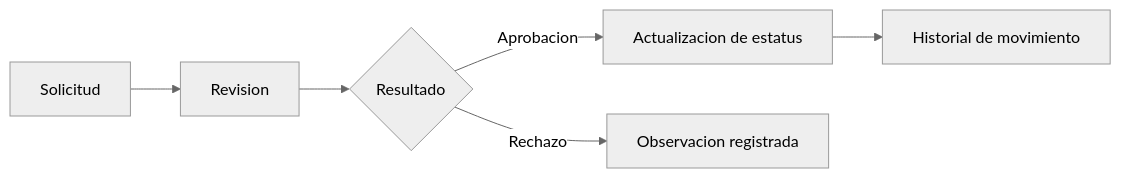
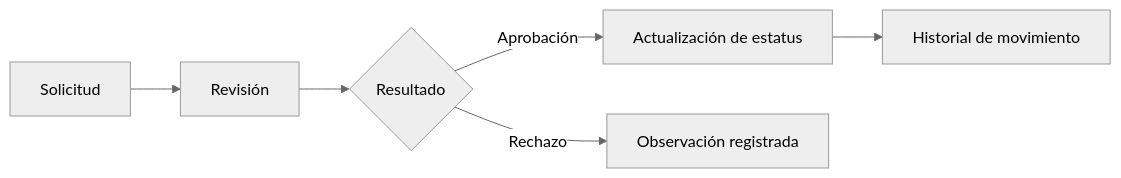
One commit to Ricardo-NM/totis-gdb-docs changed the fourth of 4 diagrams in docs/flujos.md. Above: the diagram before and after it, drawn with Mermaid (neutral theme). The commit also changed other lines of this file and 10 other files, not shown here.

````diff
--- a/docs/flujos.md
+++ b/docs/flujos.md
@@ -49,8 +49,8 @@
 ```mermaid
 flowchart LR
-    A[Solicitud] --> B[Revision]
+    A[Solicitud] --> B[Revisión]
     B --> C{Resultado}
-    C -->|Aprobacion| D[Actualizacion de estatus]
-    C -->|Rechazo| E[Observacion registrada]
+    C -->|Aprobación| D[Actualización de estatus]
+    C -->|Rechazo| E[Observación registrada]
     D --> F[Historial de movimiento]
 ```
````
